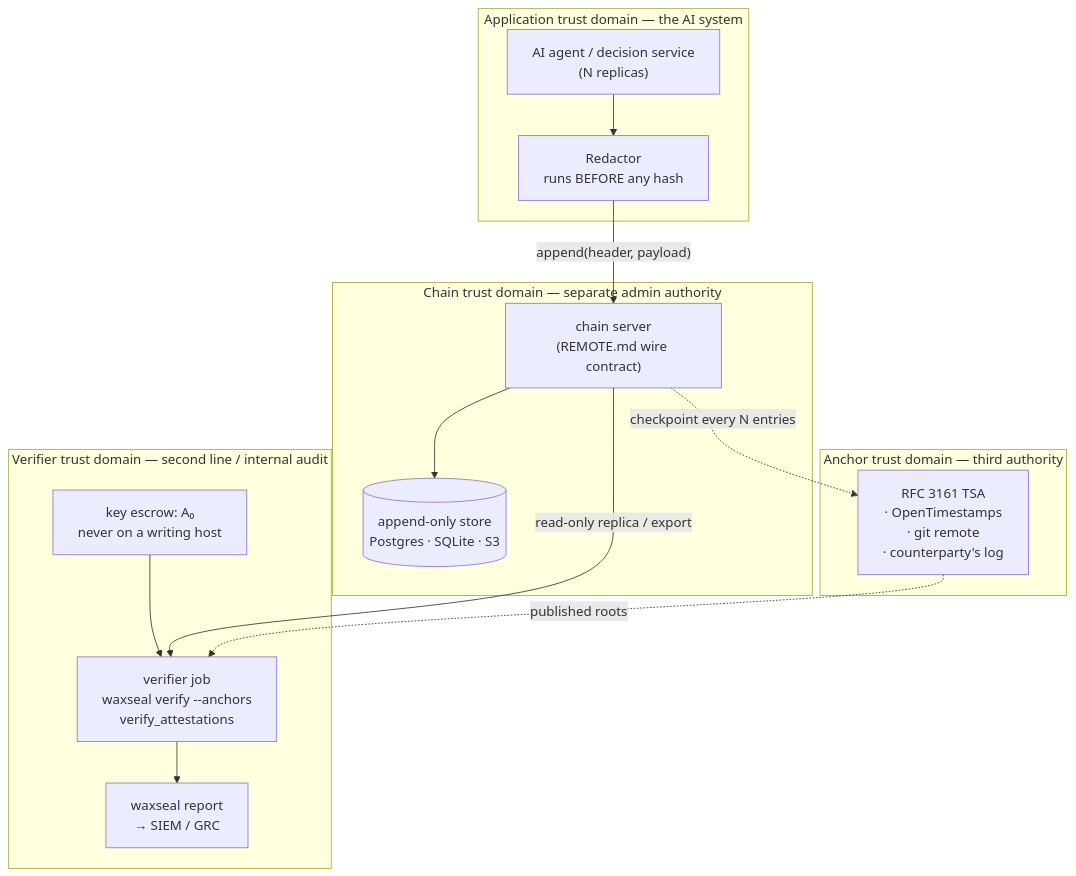
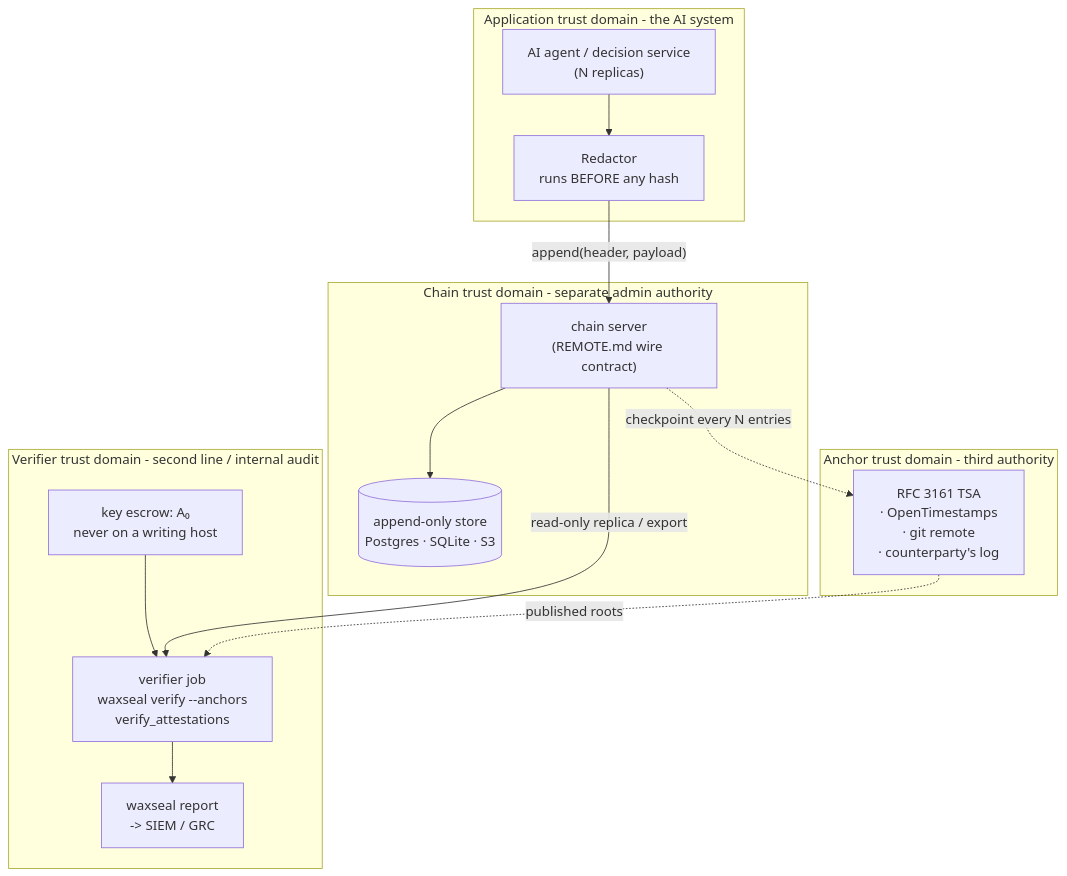
The diagram in docs/architecture/deployment.md (cuongbphv/waxseal), drawn with Mermaid before and after one commit. The commit also changed other lines of this file and 8 other files, not shown here.

````diff
--- a/docs/architecture/deployment.md
+++ b/docs/architecture/deployment.md
@@ -21,31 +21,31 @@
 ```mermaid
 flowchart TB
-    subgraph AT["Application trust domain — the AI system"]
+    subgraph AT["Application trust domain - the AI system"]
         AG["AI agent / decision service<br/>(N replicas)"]
         RD["Redactor<br/>runs BEFORE any hash"]
         AG --> RD
     end
 
-    subgraph CT["Chain trust domain — separate admin authority"]
+    subgraph CT["Chain trust domain - separate admin authority"]
         CS["chain server<br/>(REMOTE.md wire contract)"]
         DB[("append-only store<br/>Postgres · SQLite · S3")]
         CS --> DB
     end
 
-    subgraph XT["Anchor trust domain — third authority"]
+    subgraph XT["Anchor trust domain - third authority"]
         TS["RFC 3161 TSA<br/>· OpenTimestamps<br/>· git remote<br/>· counterparty's log"]
     end
 
-    subgraph VT["Verifier trust domain — second line / internal audit"]
+    subgraph VT["Verifier trust domain - second line / internal audit"]
         KE["key escrow: A₀<br/>never on a writing host"]
         VF["verifier job<br/>waxseal verify --anchors<br/>verify_attestations"]
-        RP["waxseal report<br/>→ SIEM / GRC"]
+        RP["waxseal report<br/>-> SIEM / GRC"]
         KE --> VF
         VF --> RP
     end
 
     RD -->|"append(header, payload)"| CS
     CS -.->|"checkpoint every N entries"| TS
     CS -->|"read-only replica / export"| VF
     TS -.->|"published roots"| VF
 ```
````
